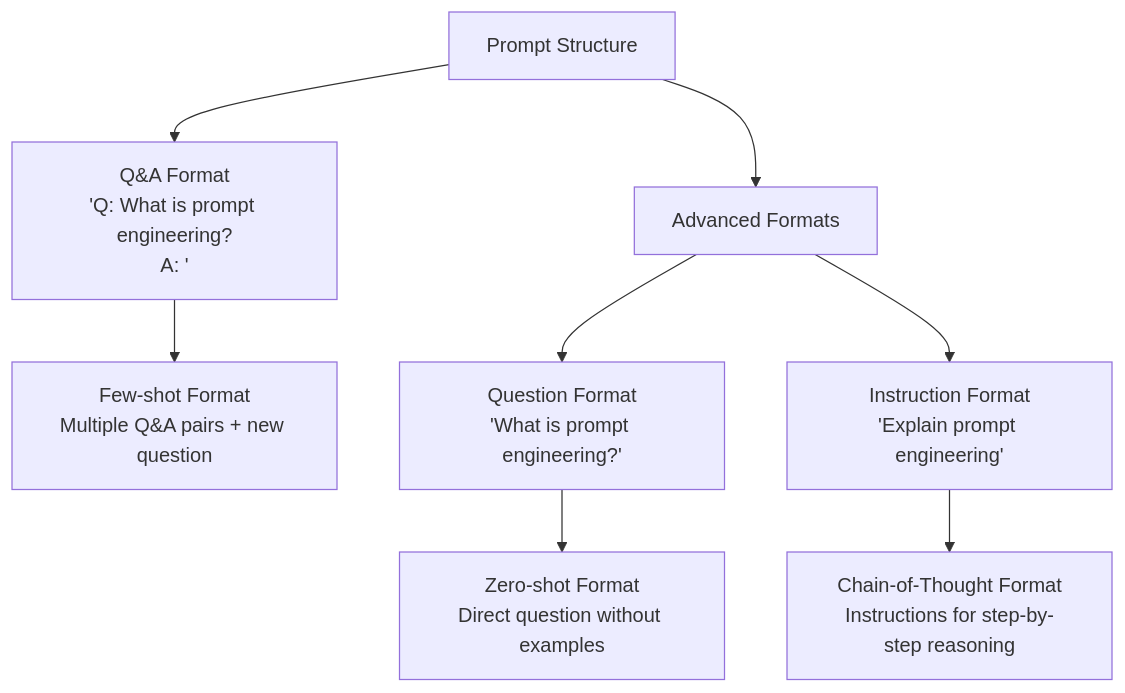
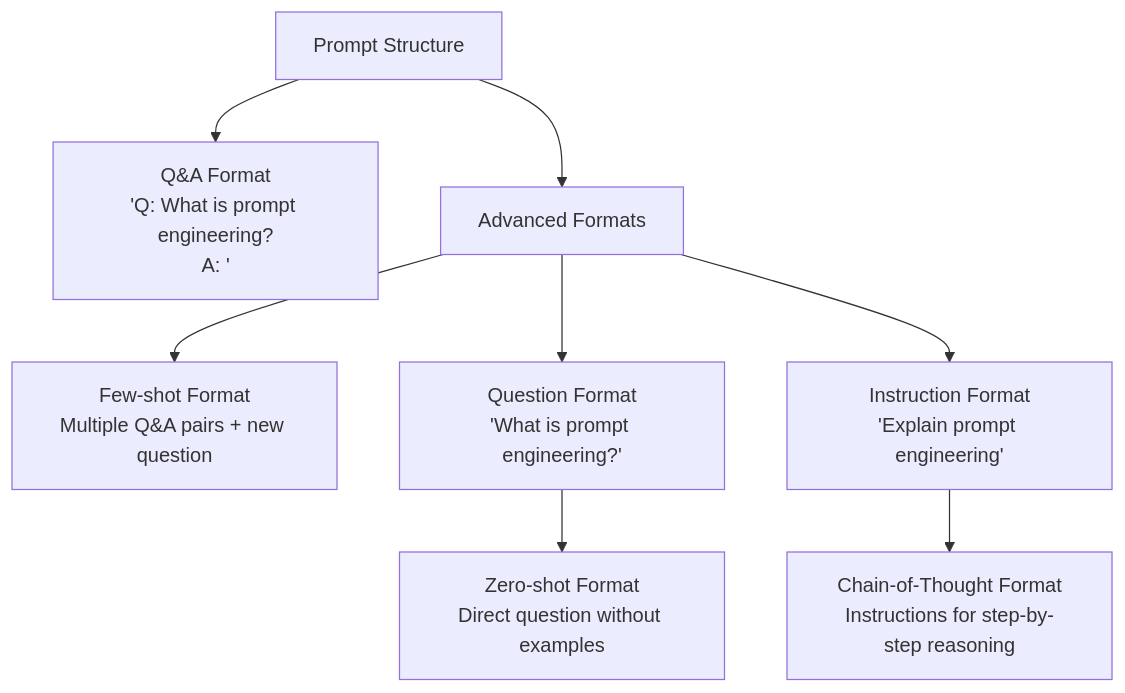
The diagram in ai/prompt-engineering-guide.md (ntk148v/til), drawn with Mermaid before and after one commit.

````diff
--- a/ai/prompt-engineering-guide.md
+++ b/ai/prompt-engineering-guide.md
@@ -39,13 +39,13 @@
 ```mermaid
 graph TD
     A[Prompt Structure] --> B[Q&A Format<br>'Q: What is prompt engineering?<br>A: ']
     A --> C[Advanced Formats]
 
-    B --> D[Few-shot Format<br>Multiple Q&A pairs + new question]
+    C --> D[Few-shot Format<br>Multiple Q&A pairs + new question]
 
     C --> E[Question Format<br>'What is prompt engineering?']
     C --> F[Instruction Format<br>'Explain prompt engineering']
 
     E --> G[Zero-shot Format<br>Direct question without examples]
     F --> H[Chain-of-Thought Format<br>Instructions for step-by-step reasoning]
 ```
````
